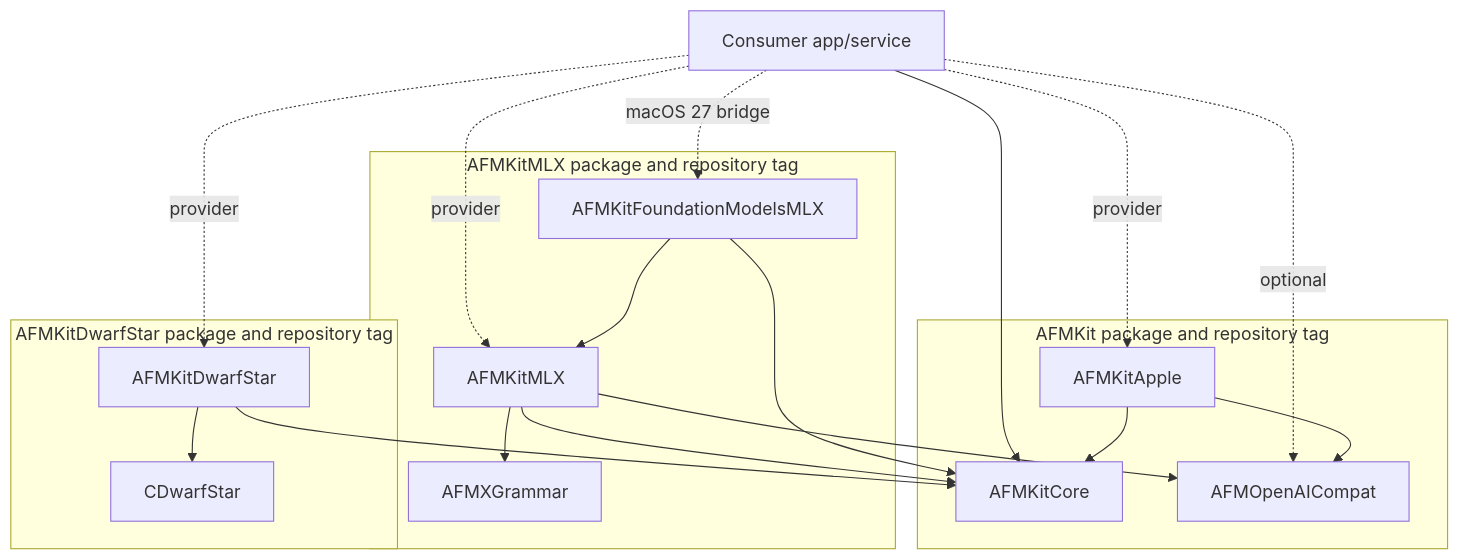
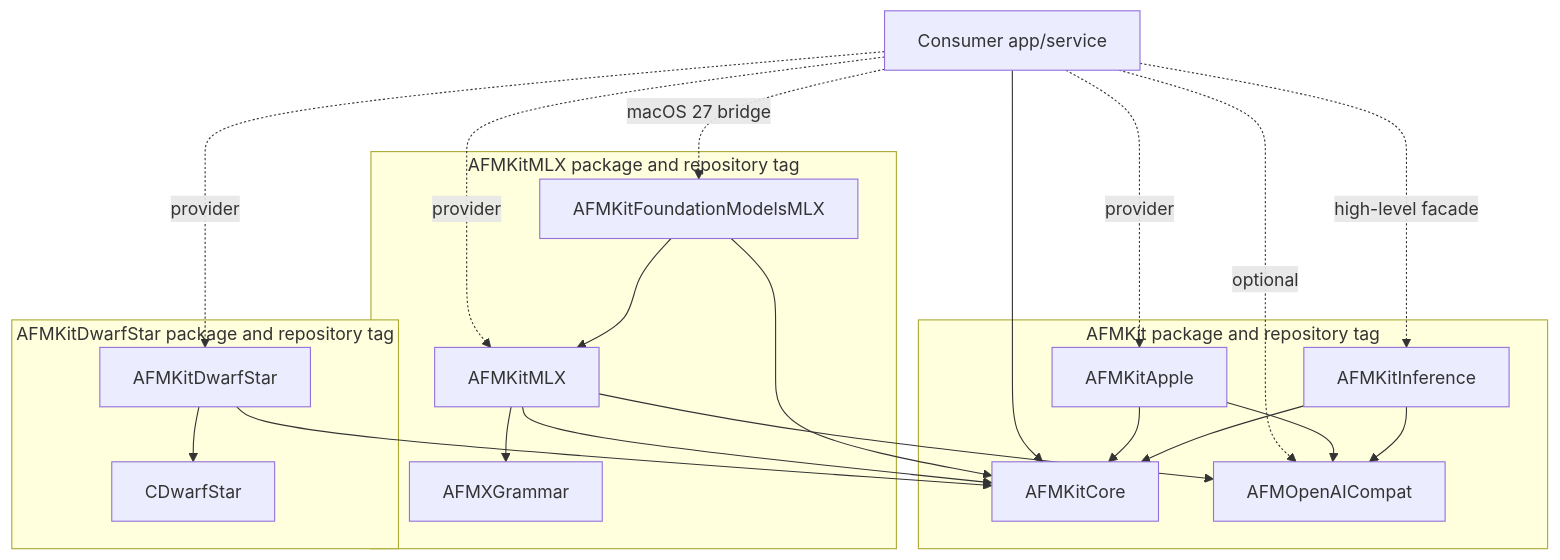
One commit to scouzi1966/AFMKit changed the first of 3 diagrams in Architecture/02-containers-and-modules.md. Above: the diagram before and after it, drawn with Mermaid. The commit also changed other lines of this file and 29 other files, not shown here.

Commit message:
Add provider-neutral inference facade

````diff
--- a/Architecture/02-containers-and-modules.md
+++ b/Architecture/02-containers-and-modules.md
@@ -5,34 +5,38 @@
 ```mermaid
 flowchart TD
     App["Consumer app/service"]
     subgraph Public["AFMKit package and repository tag"]
         Core["AFMKitCore"]
         OAI["AFMOpenAICompat"]
+        Inference["AFMKitInference"]
         Apple["AFMKitApple"]
     end
     subgraph Dwarf["AFMKitDwarfStar package and repository tag"]
         DS["AFMKitDwarfStar"]
         CDS["CDwarfStar"]
     end
     subgraph PrivateMLX["AFMKitMLX package and repository tag"]
         MLX["AFMKitMLX"]
         FMMLX["AFMKitFoundationModelsMLX"]
         CGram["AFMXGrammar"]
     end
 
     App --> Core
     App -. optional .-> OAI
+    App -. high-level facade .-> Inference
     App -. provider .-> Apple
     App -. provider .-> MLX
     App -. provider .-> DS
     App -. macOS 27 bridge .-> FMMLX
     Apple --> Core
     Apple --> OAI
+    Inference --> Core
+    Inference --> OAI
     MLX --> Core
     MLX --> OAI
     MLX --> CGram
     FMMLX --> Core
     FMMLX --> MLX
     DS --> Core
     DS --> CDS
 ```
````
